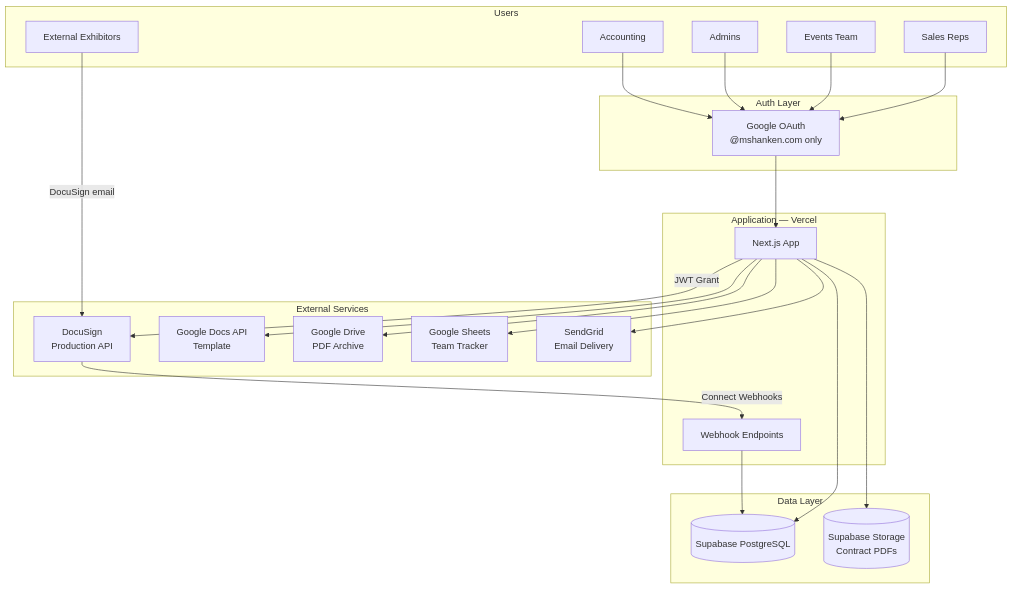
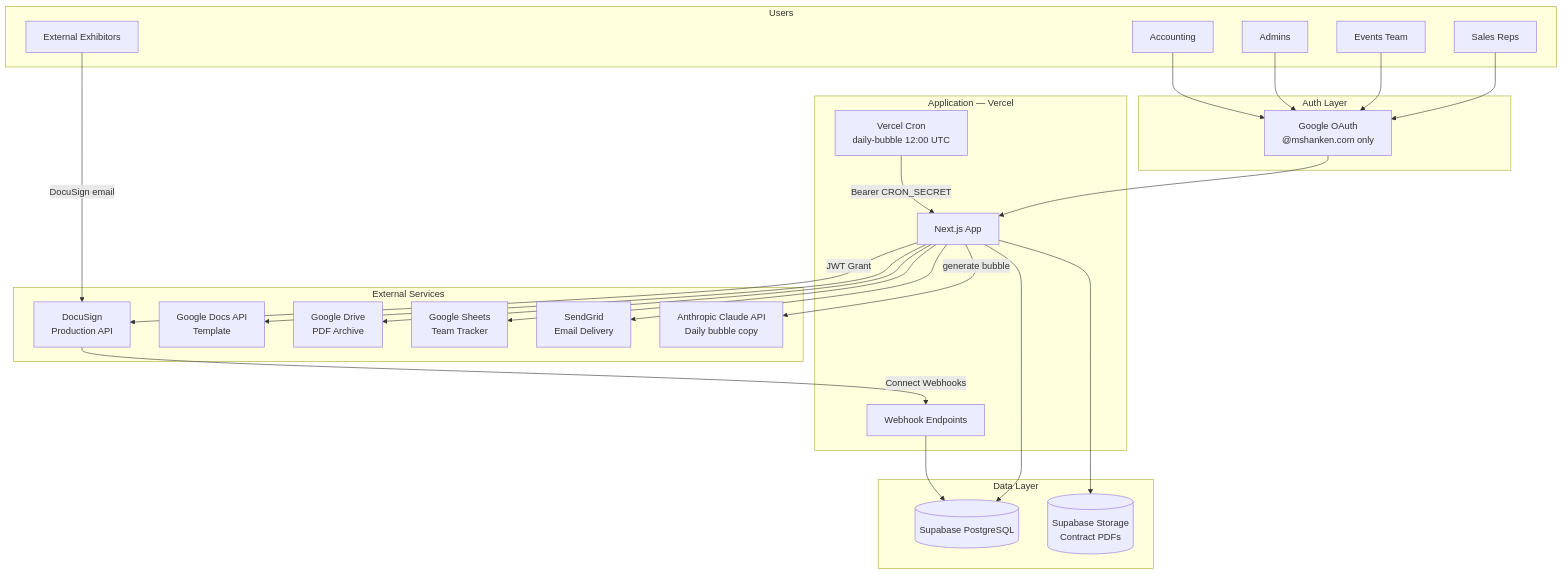
The diagram in docs/ARCHITECTURE.md (mcapace/whiskyfest-contracts), drawn with Mermaid before and after one commit. The commit also changed other lines of this file and 2 other files, not shown here.

Commit message:
docs: Refresh SCHEMA/ARCHITECTURE/WORKFLOW mermaid for current product
- ER: contract_line_items, exhibitor capture + invoice fields, app_users bubble/login
- Migrations 024-030; daily_bubbles + RPC documented in prose
- Architecture: Vercel cron + Claude for daily bubble; admin release wording
- Workflow: error state, exhibitor DocuSign tab capture, admin release, glossary

Made-with: Cursor

````diff
--- a/docs/ARCHITECTURE.md
+++ b/docs/ARCHITECTURE.md
@@ -5,50 +5,54 @@
 ```mermaid
 graph TB
   subgraph "Users"
     SalesRep[Sales Reps]
     Events[Events Team]
     Admin[Admins]
     Accounting[Accounting]
     Exhibitor[External Exhibitors]
   end
 
   subgraph "Auth Layer"
     GoogleOAuth[Google OAuth<br/>@mshanken.com only]
   end
 
   subgraph "Application — Vercel"
     NextJS[Next.js App]
     WebhookAPI[Webhook Endpoints]
+    VercelCron[Vercel Cron<br/>daily-bubble 12:00 UTC]
   end
 
   subgraph "Data Layer"
     Supabase[(Supabase PostgreSQL)]
     SupabaseStorage[(Supabase Storage<br/>Contract PDFs)]
   end
 
   subgraph "External Services"
     DocuSign[DocuSign<br/>Production API]
     GoogleDocs[Google Docs API<br/>Template]
     GoogleDrive[Google Drive<br/>PDF Archive]
     GoogleSheets[Google Sheets<br/>Team Tracker]
     SendGrid[SendGrid<br/>Email Delivery]
+    Anthropic[Anthropic Claude API<br/>Daily bubble copy]
   end
 
   SalesRep --> GoogleOAuth
   Events --> GoogleOAuth
   Admin --> GoogleOAuth
   Accounting --> GoogleOAuth
   GoogleOAuth --> NextJS
 
   NextJS --> Supabase
   NextJS --> SupabaseStorage
   NextJS -->|JWT Grant| DocuSign
   NextJS --> GoogleDocs
   NextJS --> GoogleDrive
   NextJS --> GoogleSheets
   NextJS --> SendGrid
+  VercelCron -->|Bearer CRON_SECRET| NextJS
+  NextJS -->|generate bubble| Anthropic
 
   DocuSign -->|Connect Webhooks| WebhookAPI
   Exhibitor -->|DocuSign email| DocuSign
   WebhookAPI --> Supabase
 ```
````
